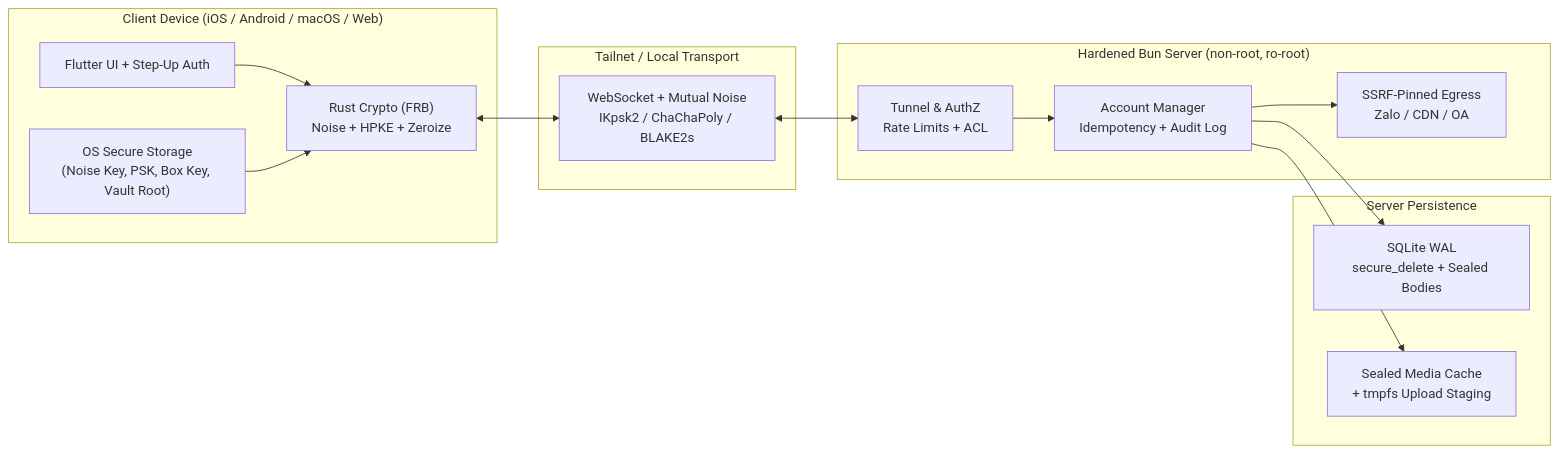
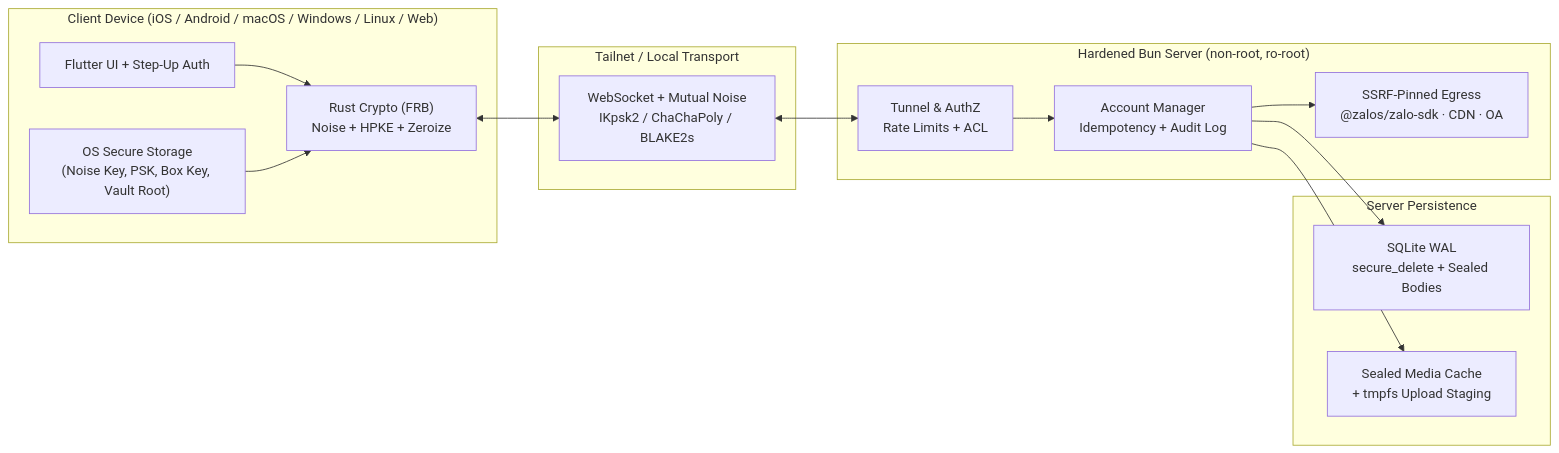
One commit to thuupx/zalos changed the first of 3 diagrams in docs/SECURITY_ARCHITECT.md. Above: the diagram before and after it, drawn with Mermaid. The commit also changed other lines of this file and 4 other files, not shown here.

First line of the commit message:
docs: replace zca-js references with @zalos/zalo-sdk

````diff
--- a/docs/SECURITY_ARCHITECT.md
+++ b/docs/SECURITY_ARCHITECT.md
@@ -9,32 +9,32 @@
 ```mermaid
 flowchart LR
-  subgraph Client["Client Device (iOS / Android / macOS / Web)"]
+  subgraph Client["Client Device (iOS / Android / macOS / Windows / Linux / Web)"]
     KS["OS Secure Storage\n(Noise Key, PSK, Box Key, Vault Root)"]
     UI["Flutter UI + Step-Up Auth"]
     RC["Rust Crypto (FRB)\nNoise + HPKE + Zeroize"]
   end
 
   subgraph Net["Tailnet / Local Transport"]
     WS["WebSocket + Mutual Noise\nIKpsk2 / ChaChaPoly / BLAKE2s"]
   end
 
   subgraph Server["Hardened Bun Server (non-root, ro-root)"]
     TN["Tunnel & AuthZ\nRate Limits + ACL"]
     AM["Account Manager\nIdempotency + Audit Log"]
-    MG["SSRF-Pinned Egress\nZalo / CDN / OA"]
+    MG["SSRF-Pinned Egress\n@zalos/zalo-sdk · CDN · OA"]
   end
 
   subgraph Storage["Server Persistence"]
     DB["SQLite WAL\nsecure_delete + Sealed Bodies"]
     MC["Sealed Media Cache\n+ tmpfs Upload Staging"]
   end
 
   UI --> RC
   KS --> RC
   RC <--> WS
   WS <--> TN
   TN --> AM
   AM --> DB
   AM --> MC
   AM --> MG
 ```
````
